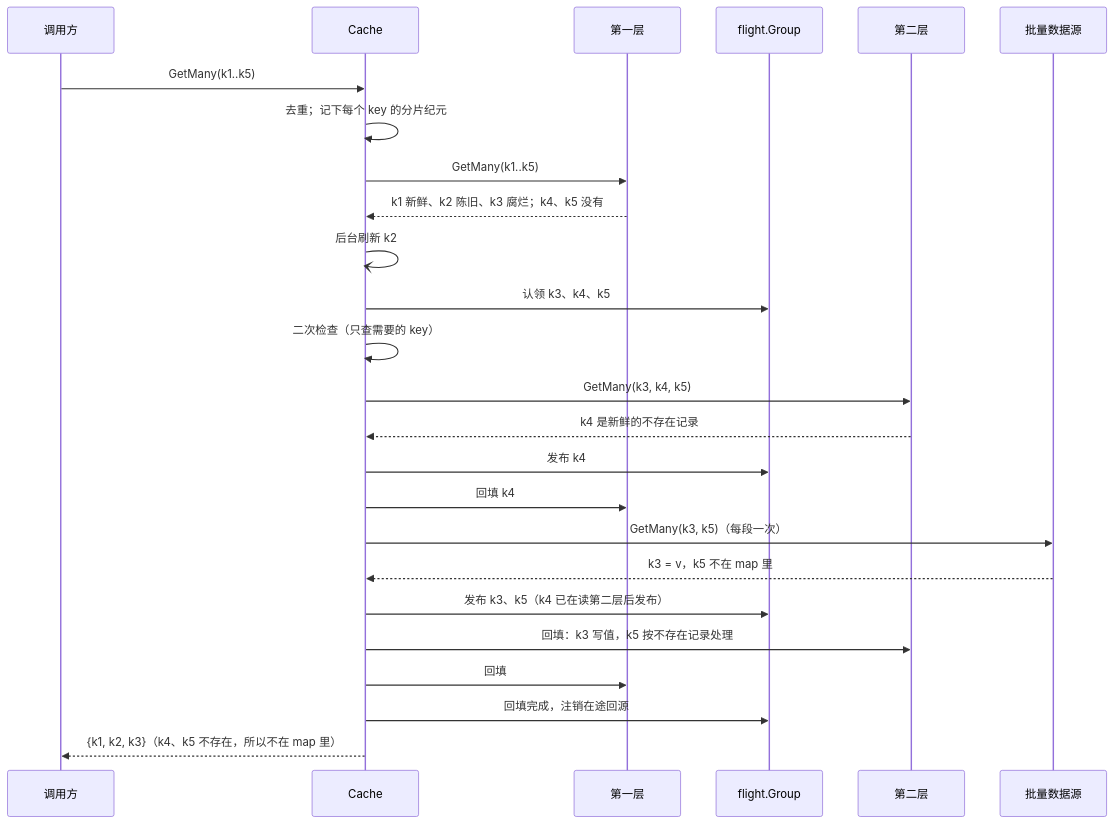
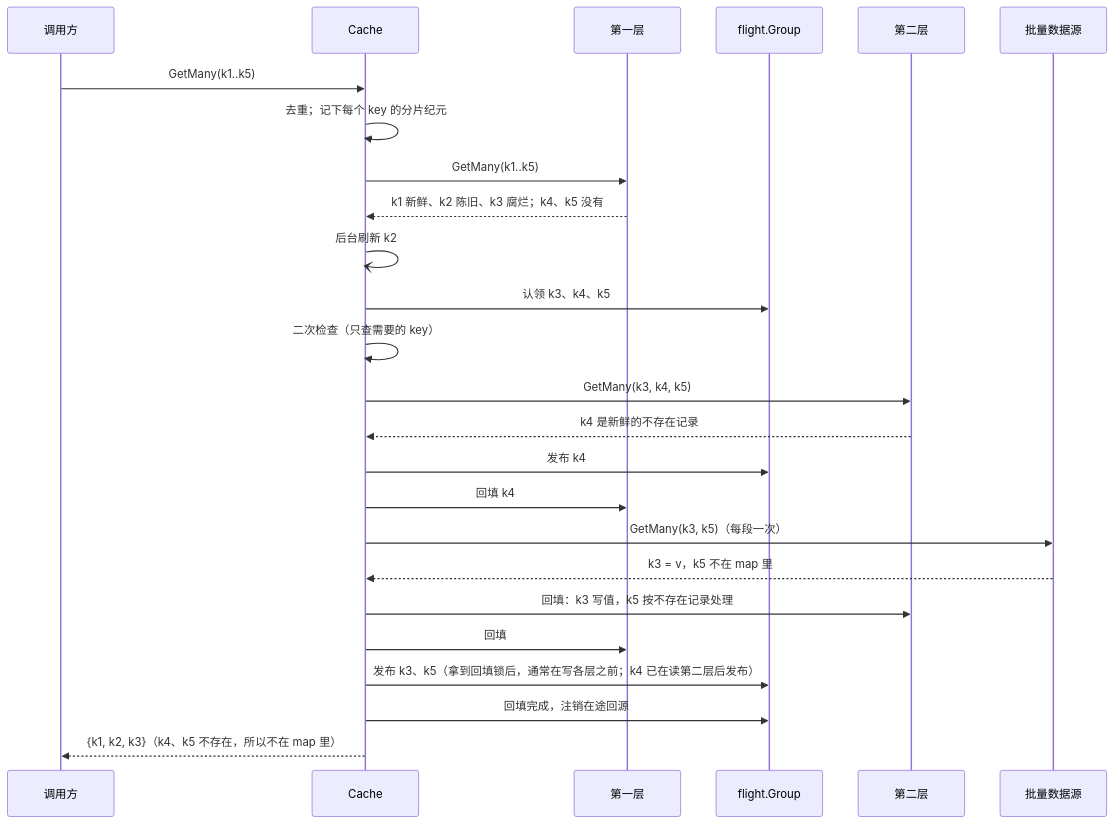
Before and after one commit to theplant/cachex: the diagram in docs/design/batch.md, drawn with Mermaid. The commit also changed other lines of this file and 5 other files, not shown here.

````diff
--- a/docs/design/batch.md
+++ b/docs/design/batch.md
@@ -22,27 +22,27 @@
 ```mermaid
 sequenceDiagram
     participant C as 调用方
     participant K as Cache
     participant L0 as 第一层
     participant G as flight.Group
     participant L1 as 第二层
     participant S as 批量数据源
     C->>K: GetMany(k1..k5)
     K->>K: 去重；记下每个 key 的分片纪元
     K->>L0: GetMany(k1..k5)
     L0-->>K: k1 新鲜、k2 陈旧、k3 腐烂；k4、k5 没有
     K-)K: 后台刷新 k2
     K->>G: 认领 k3、k4、k5
     K->>K: 二次检查（只查需要的 key）
     K->>L1: GetMany(k3, k4, k5)
     L1-->>K: k4 是新鲜的不存在记录
     K->>G: 发布 k4
     K->>L0: 回填 k4
     K->>S: GetMany(k3, k5)（每段一次）
     S-->>K: k3 = v，k5 不在 map 里
-    K->>G: 发布 k3、k5（k4 已在读第二层后发布）
     K->>L1: 回填：k3 写值，k5 按不存在记录处理
     K->>L0: 回填
+    K->>G: 发布 k3、k5（拿到回填锁后，通常在写各层之前；k4 已在读第二层后发布）
     K->>G: 回填完成，注销在途回源
     K-->>C: {k1, k2, k3}（k4、k5 不存在，所以不在 map 里）
 ```
````
